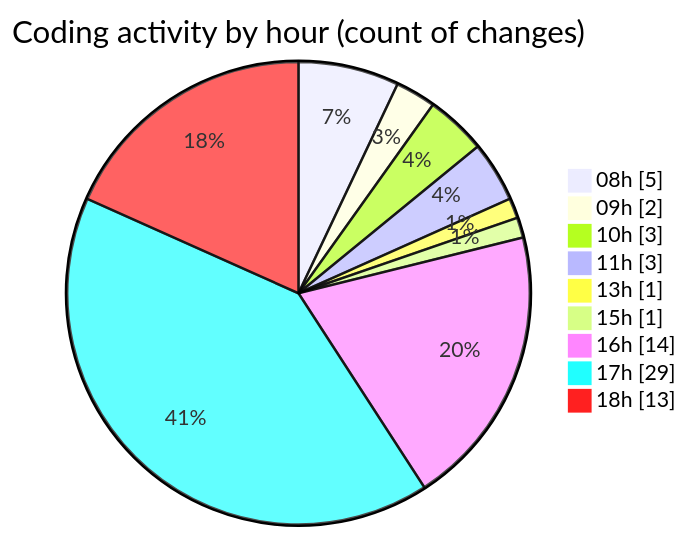
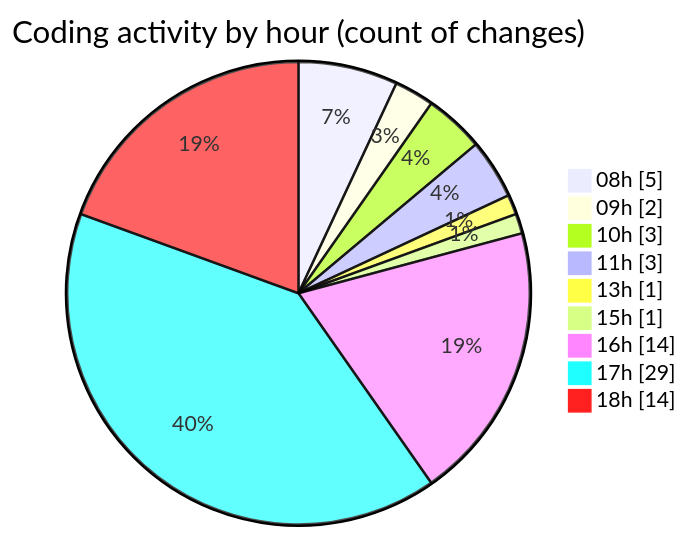
The second of 2 diagrams in 2025-10-27/eventscop-frontend-guide__workspace_/README.md (julien-gomy/code-tracking), drawn with Mermaid before and after one commit. The commit also changed other lines of this file and 1 other file, not shown here.

````diff
--- a/2025-10-27/eventscop-frontend-guide__workspace_/README.md
+++ b/2025-10-27/eventscop-frontend-guide__workspace_/README.md
@@ -44,13 +44,13 @@
 ```mermaid
 pie showData
 title Coding activity by hour (count of changes)
 "08h" : 5
 "09h" : 2
 "10h" : 3
 "11h" : 3
 "13h" : 1
 "15h" : 1
 "16h" : 14
 "17h" : 29
-"18h" : 13
+"18h" : 14
 ```
````
